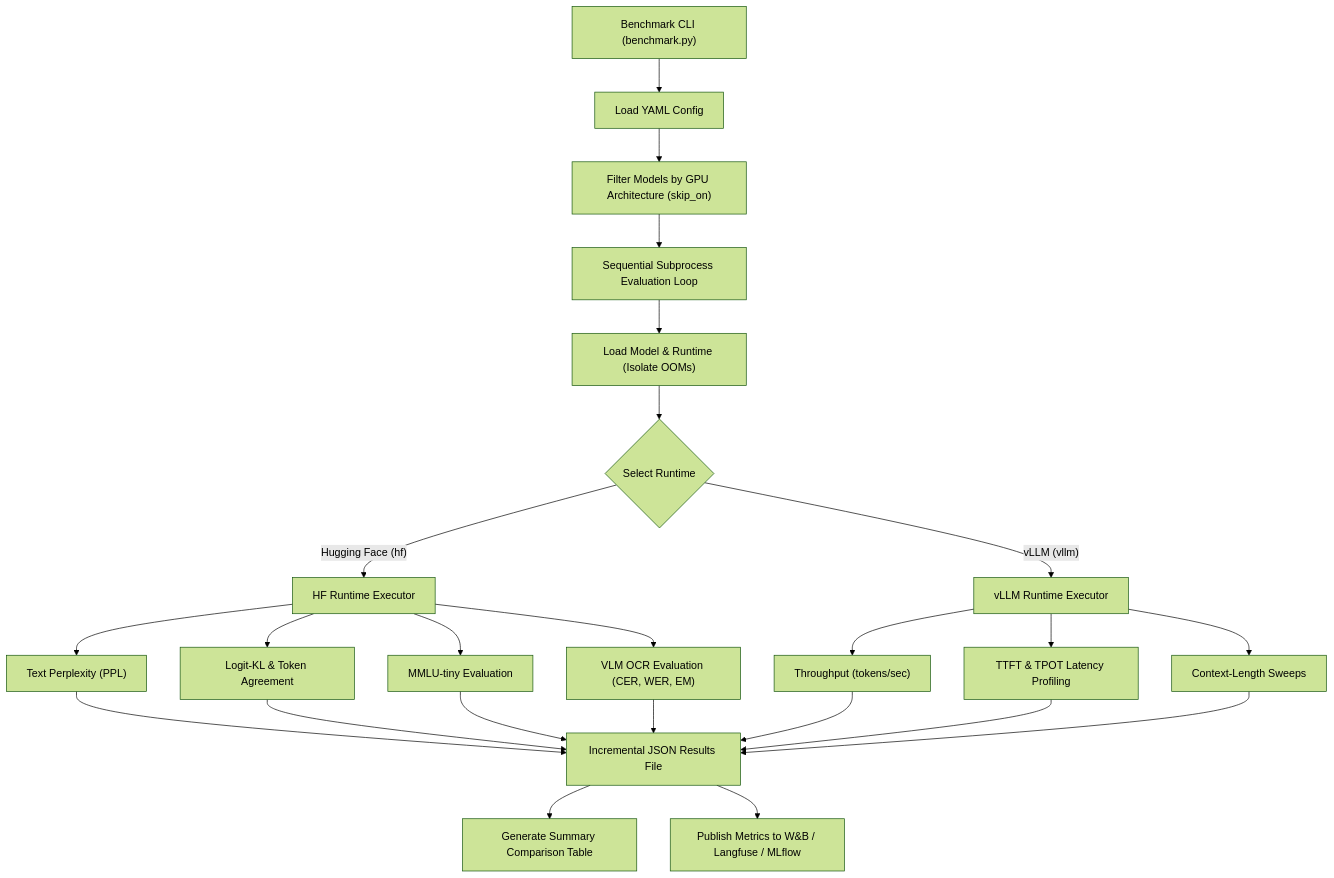
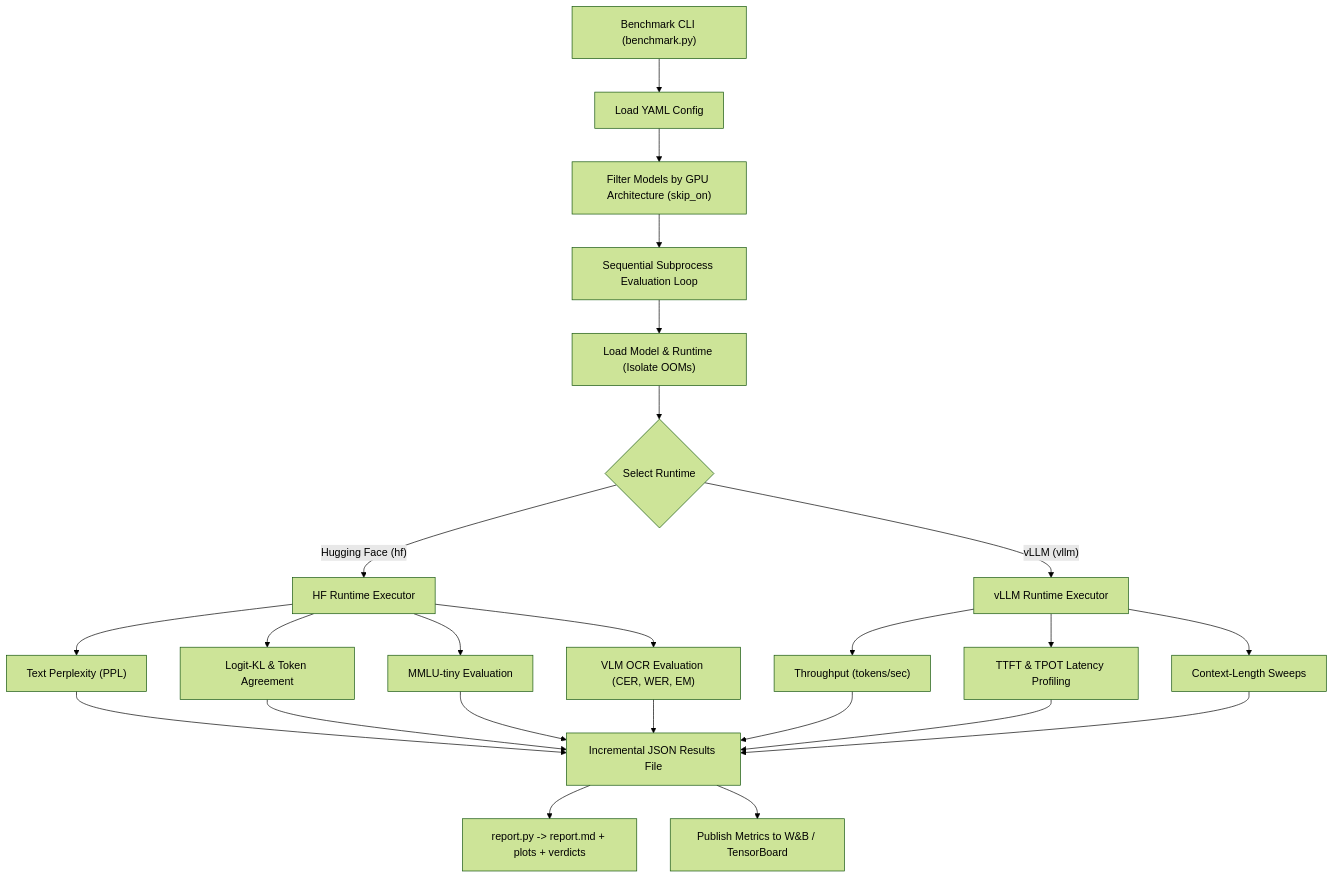
Before and after one commit to ramprasathk07/TripleQuant-VLM: the second of 2 diagrams in README.md, drawn with Mermaid (forest theme). The commit also changed other lines of this file and 1 other file, not shown here.

````diff
--- a/README.md
+++ b/README.md
@@ -50,26 +192,26 @@
 ```mermaid
 graph TD
     A["Benchmark CLI (benchmark.py)"] --> B["Load YAML Config"]
     B --> C["Filter Models by GPU Architecture (skip_on)"]
     C --> D["Sequential Subprocess Evaluation Loop"]
     D --> E["Load Model & Runtime (Isolate OOMs)"]
     E --> F{"Select Runtime"}
     F -- "Hugging Face (hf)" --> G["HF Runtime Executor"]
     F -- "vLLM (vllm)" --> H["vLLM Runtime Executor"]
     G --> I["Text Perplexity (PPL)"]
     G --> J["Logit-KL & Token Agreement"]
     G --> K["MMLU-tiny Evaluation"]
     G --> L["VLM OCR Evaluation (CER, WER, EM)"]
     H --> M["Throughput (tokens/sec)"]
     H --> N["TTFT & TPOT Latency Profiling"]
     H --> O["Context-Length Sweeps"]
     I --> P["Incremental JSON Results File"]
     J --> P
     K --> P
     L --> P
     M --> P
     N --> P
     O --> P
-    P --> Q["Generate Summary Comparison Table"]
-    P --> R["Publish Metrics to W&B / Langfuse / MLflow"]
+    P --> Q["report.py -> report.md + plots + verdicts"]
+    P --> R["Publish Metrics to W&B / TensorBoard"]
 ```
````
